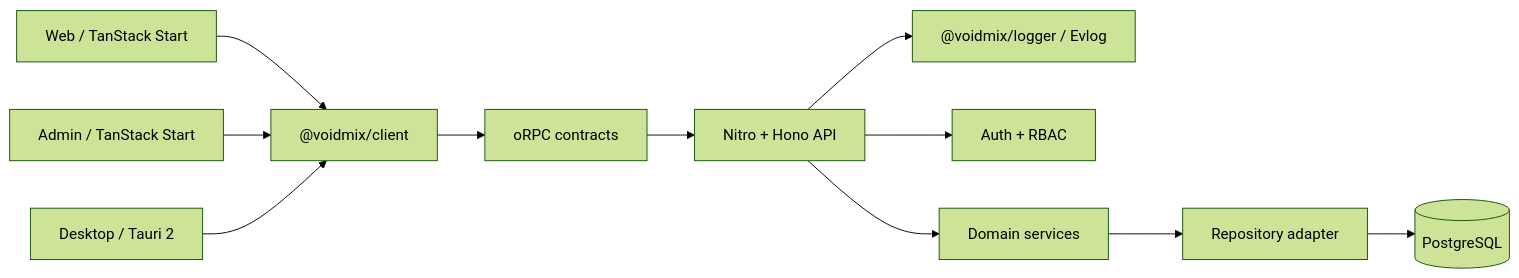
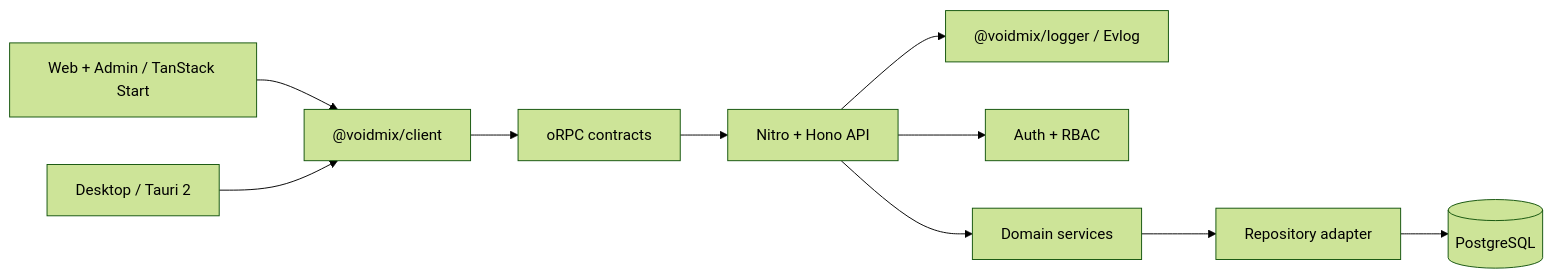
Before and after one commit to voidmix/voidmix: the diagram in docs/architecture/README.md, drawn with Mermaid (forest theme). The commit also changed other lines of this file and 171 other files, not shown here.

````diff
--- a/docs/architecture/README.md
+++ b/docs/architecture/README.md
@@ -22,13 +23,12 @@
 ```mermaid
 flowchart LR
-  web["Web / TanStack Start"] --> client["@voidmix/client"]
-  admin["Admin / TanStack Start"] --> client
+  web["Web + Admin / TanStack Start"] --> client["@voidmix/client"]
   desktop["Desktop / Tauri 2"] --> client
   client --> rpc["oRPC contracts"]
   rpc --> api["Nitro + Hono API"]
   api --> logger["@voidmix/logger / Evlog"]
   api --> auth["Auth + RBAC"]
   api --> domain["Domain services"]
   domain --> db["Repository adapter"]
   db --> postgres[("PostgreSQL")]
 ```
````
